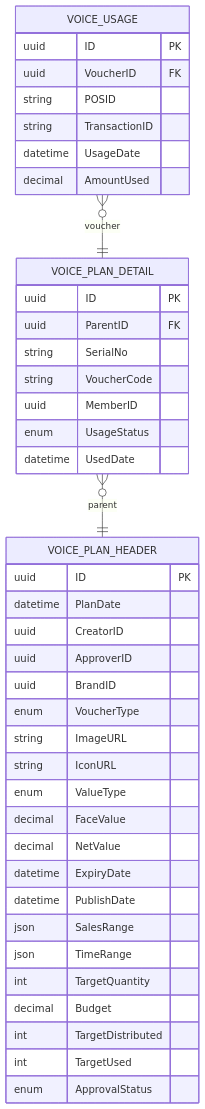
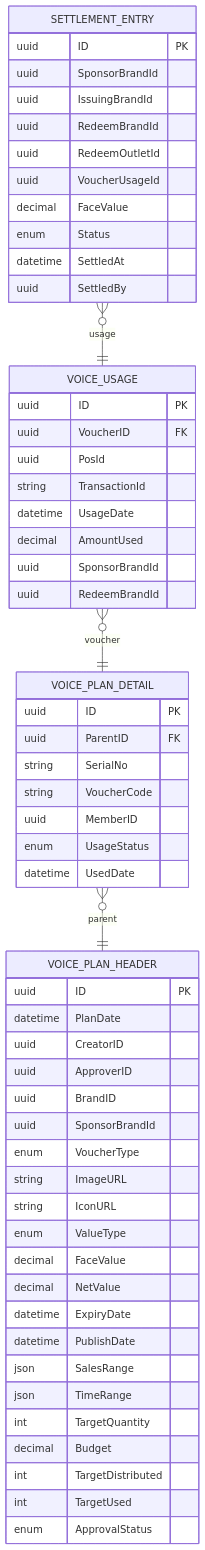
Before and after one commit to lamhongbac/NonCash: the fourth of 6 diagrams in .qoder/repowiki/en/content/API Contracts and Integration/POS Integration API/POS Integration API.md, drawn with Mermaid. The commit also changed other lines of this file and 13 other files, not shown here.

````diff
--- a/.qoder/repowiki/en/content/API Contracts and Integration/POS Integration API/POS Integration API.md
+++ b/.qoder/repowiki/en/content/API Contracts and Integration/POS Integration API/POS Integration API.md
@@ -303,44 +365,60 @@
 ```mermaid
 erDiagram
 VOICE_PLAN_DETAIL {
 uuid ID PK
 uuid ParentID FK
 string SerialNo
 string VoucherCode
 uuid MemberID
 enum UsageStatus
 datetime UsedDate
 }
 VOICE_USAGE {
 uuid ID PK
 uuid VoucherID FK
-string POSID
-string TransactionID
+uuid PosId
+string TransactionId
 datetime UsageDate
 decimal AmountUsed
+uuid SponsorBrandId
+uuid RedeemBrandId
 }
 VOICE_PLAN_HEADER {
 uuid ID PK
 datetime PlanDate
 uuid CreatorID
 uuid ApproverID
 uuid BrandID
+uuid SponsorBrandId
 enum VoucherType
 string ImageURL
 string IconURL
 enum ValueType
 decimal FaceValue
 decimal NetValue
 datetime ExpiryDate
 datetime PublishDate
 json SalesRange
 json TimeRange
 int TargetQuantity
 decimal Budget
 int TargetDistributed
 int TargetUsed
 enum ApprovalStatus
 }
+SETTLEMENT_ENTRY {
+uuid ID PK
+uuid SponsorBrandId
+uuid IssuingBrandId
+uuid RedeemBrandId
+uuid RedeemOutletId
+uuid VoucherUsageId
+decimal FaceValue
+enum Status
+datetime SettledAt
+uuid SettledBy
+}
 VOICE_PLAN_DETAIL }o--|| VOICE_PLAN_HEADER : "parent"
 VOICE_USAGE }o--|| VOICE_PLAN_DETAIL : "voucher"
+SETTLEMENT_ENTRY }o--|| VOICE_USAGE : "usage"
 ```
````
